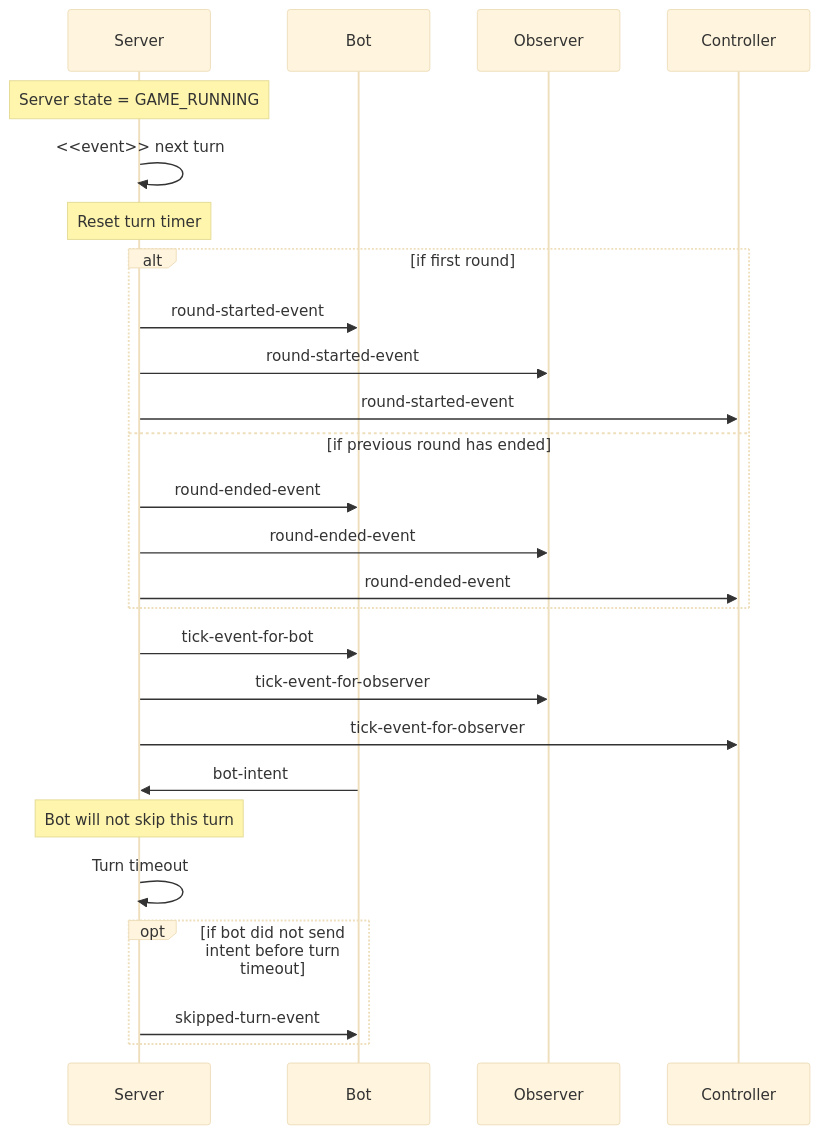
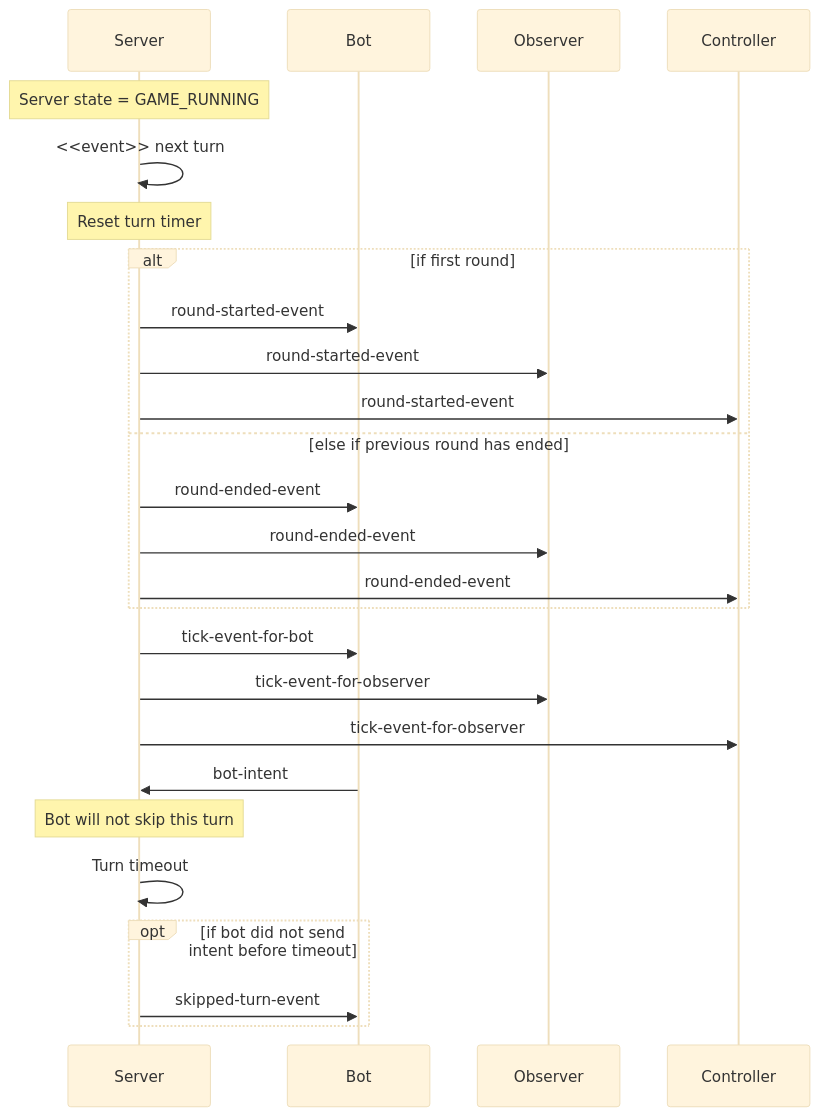
The sixth of 13 diagrams in schema/schemas/README.md (robocode-dev/tank-royale), drawn with Mermaid (base theme) before and after one commit. The commit also changed other lines of this file and 9 other files, not shown here.

````diff
--- a/schema/schemas/README.md
+++ b/schema/schemas/README.md
@@ -168,24 +188,24 @@
 ```mermaid
 sequenceDiagram
-    Note over Server: Server state = GAME_RUNNING
-    Server->>Server: <<event>> next turn
-    Note over Server: Reset turn timer
-    alt if first round
-        Server->>Bot: round-started-event
-        Server->>Observer: round-started-event
-        Server->>Controller: round-started-event
-    else if previous round has ended
-        Server->>Bot: round-ended-event
-        Server->>Observer: round-ended-event
-        Server->>Controller: round-ended-event
-    end
-    Server->>Bot: tick-event-for-bot
-    Server->>Observer: tick-event-for-observer
-    Server->>Controller: tick-event-for-observer
-    Bot->>Server: bot-intent
-    Note over Server: Bot will not skip this turn
-    Server->>Server: Turn timeout
-    opt if bot did not send intent before turn timeout
-        Server->>Bot: skipped-turn-event
-    end
+Note over Server: Server state = GAME_RUNNING
+Server->>Server: <<event>> next turn
+Note over Server: Reset turn timer
+alt if first round
+    Server->>Bot: round-started-event
+    Server->>Observer: round-started-event
+    Server->>Controller: round-started-event
+else else if previous round has ended
+    Server->>Bot: round-ended-event
+    Server->>Observer: round-ended-event
+    Server->>Controller: round-ended-event
+end
+Server->>Bot: tick-event-for-bot
+Server->>Observer: tick-event-for-observer
+Server->>Controller: tick-event-for-observer
+Bot->>Server: bot-intent
+Note over Server: Bot will not skip this turn
+Server->>Server: Turn timeout
+opt if bot did not send intent before timeout
+    Server->>Bot: skipped-turn-event
+end
 ```
````
